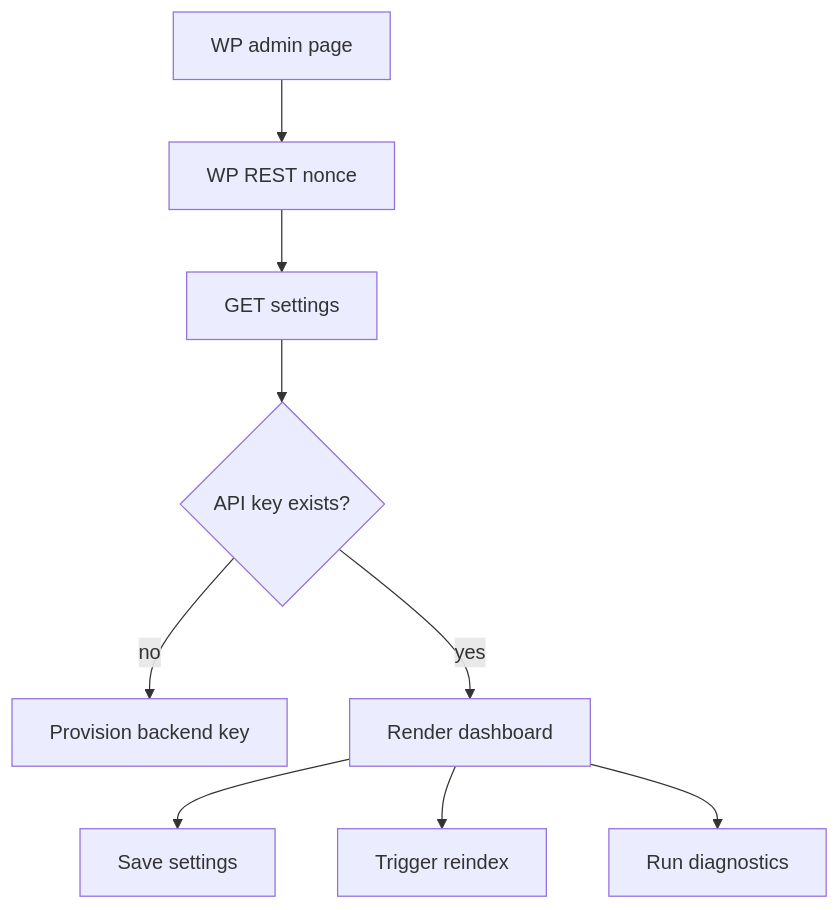
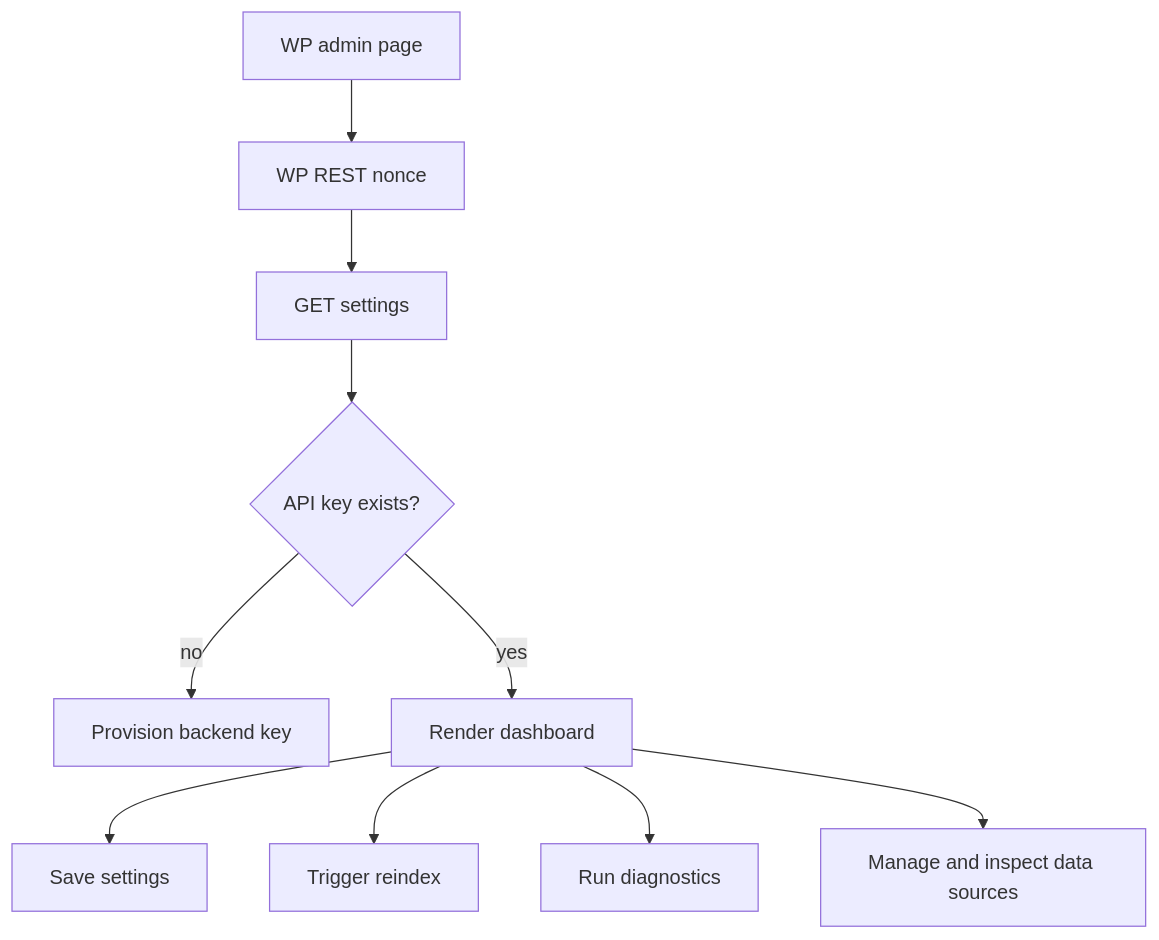
Before and after one commit to sovware/ask-sunny-docs: the second of 4 diagrams in plugin/WP_PLUGIN_ARCHITECTURE.md, drawn with Mermaid. The commit also changed other lines of this file and 9 other files, not shown here.

````diff
--- a/plugin/WP_PLUGIN_ARCHITECTURE.md
+++ b/plugin/WP_PLUGIN_ARCHITECTURE.md
@@ -230,11 +243,12 @@
 ```mermaid
 flowchart TD
   Admin[WP admin page] --> Nonce[WP REST nonce]
   Nonce --> SettingsAPI[GET settings]
   SettingsAPI --> Provision{API key exists?}
   Provision -- no --> ProvisionRoute[Provision backend key]
   Provision -- yes --> Dashboard[Render dashboard]
   Dashboard --> Save[Save settings]
   Dashboard --> Reindex[Trigger reindex]
   Dashboard --> Diagnostics[Run diagnostics]
+  Dashboard --> Sources[Manage and inspect data sources]
 ```
````
